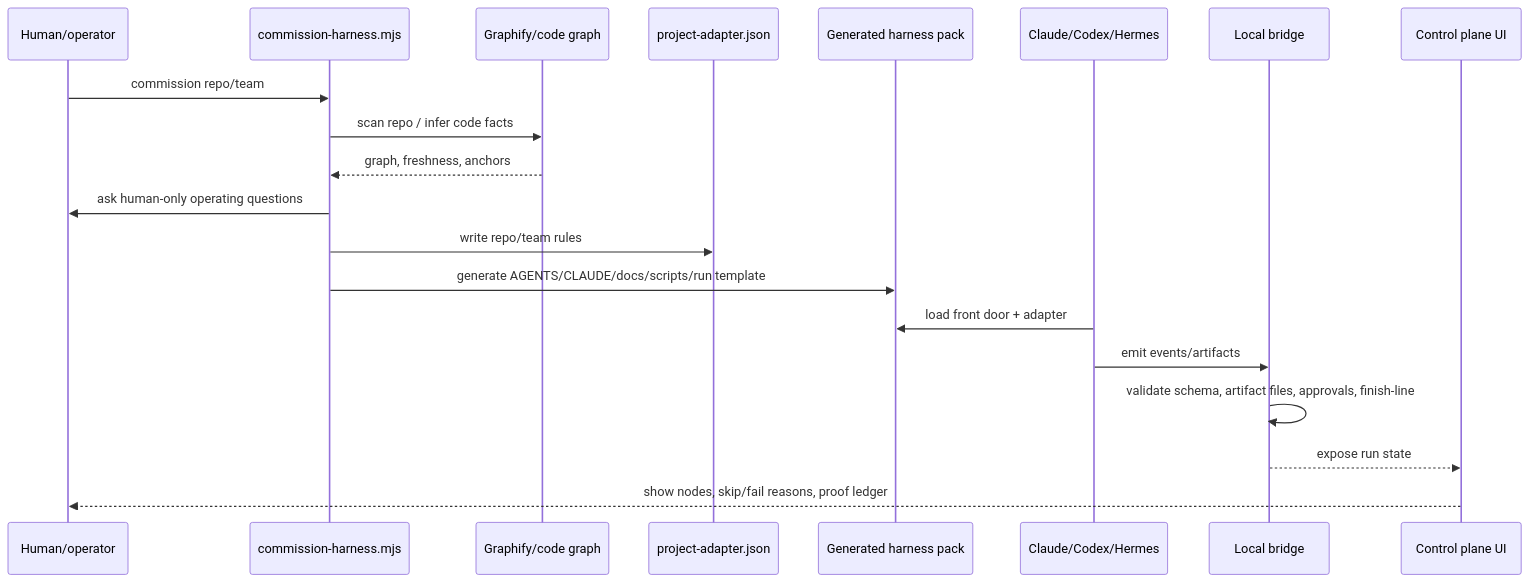
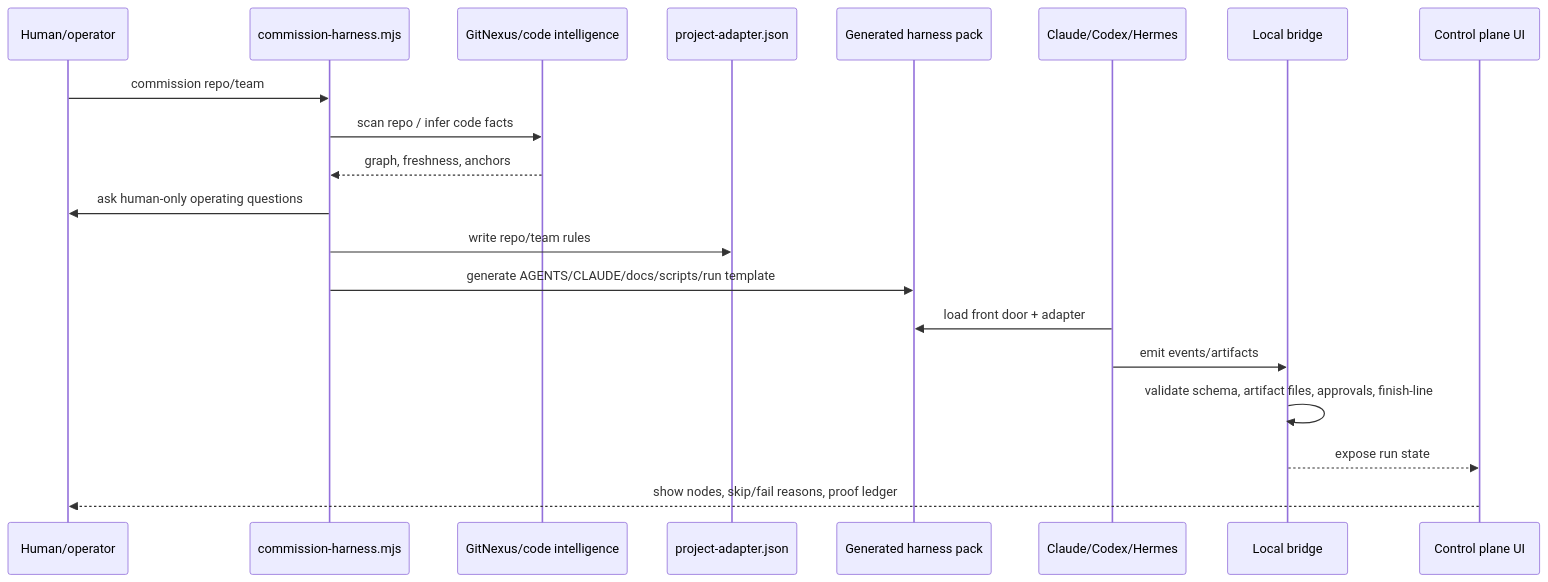
Before and after one commit to nickcarmonadigital/valdris-sdlc-harness: the fifth of 8 diagrams in docs/HARNESS_REPO_MAP.md, drawn with Mermaid. The commit also changed other lines of this file and 35 other files, not shown here.

Commit message:
feat: wire GitNexus code intelligence into harness flow

````diff
--- a/docs/HARNESS_REPO_MAP.md
+++ b/docs/HARNESS_REPO_MAP.md
@@ -235,23 +238,23 @@
 ```mermaid
 sequenceDiagram
   participant User as Human/operator
   participant CLI as commission-harness.mjs
-  participant Graph as Graphify/code graph
+  participant Graph as GitNexus/code intelligence
   participant Adapter as project-adapter.json
   participant Pack as Generated harness pack
   participant Agent as Claude/Codex/Hermes
   participant Bridge as Local bridge
   participant UI as Control plane UI
 
   User->>CLI: commission repo/team
   CLI->>Graph: scan repo / infer code facts
   Graph-->>CLI: graph, freshness, anchors
   CLI->>User: ask human-only operating questions
   CLI->>Adapter: write repo/team rules
   CLI->>Pack: generate AGENTS/CLAUDE/docs/scripts/run template
   Agent->>Pack: load front door + adapter
   Agent->>Bridge: emit events/artifacts
   Bridge->>Bridge: validate schema, artifact files, approvals, finish-line
   Bridge-->>UI: expose run state
   UI-->>User: show nodes, skip/fail reasons, proof ledger
 ```
````
